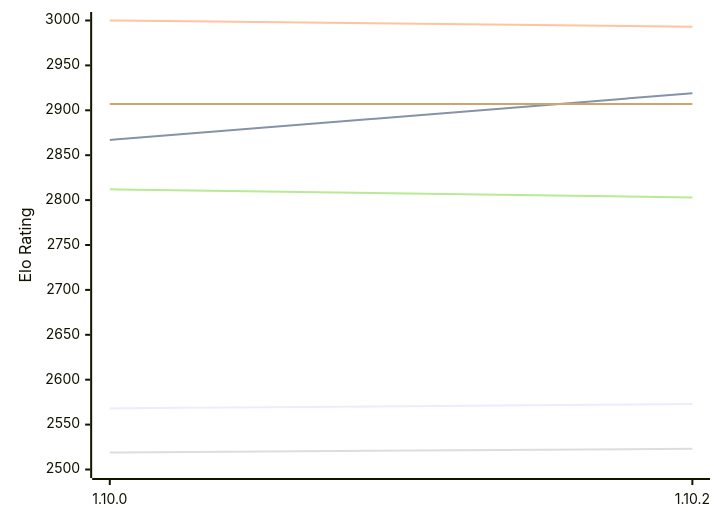
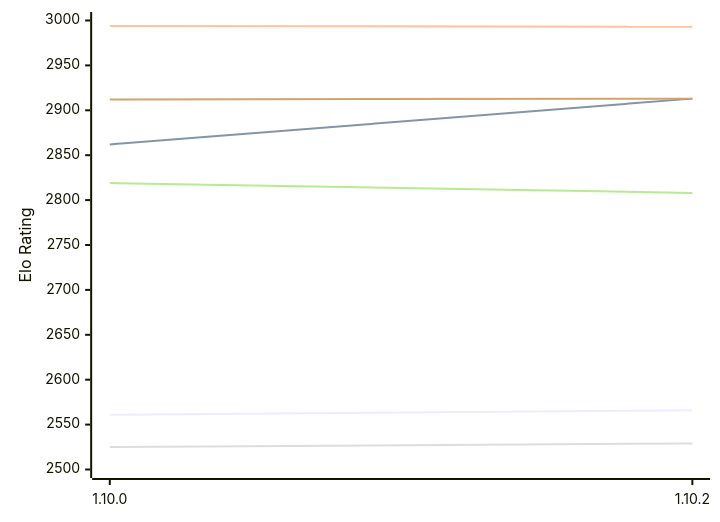
Before and after one commit to computer-chess-index/cci: the first of 2 diagrams in engines/Basilisk.md, drawn with Mermaid. The commit also changed other lines of this file, not shown here.

Commit message:
Update CCI Ratings (ELO VLTC) - 2026-11-18

````diff
--- a/engines/Basilisk.md
+++ b/engines/Basilisk.md
@@ -61,12 +61,12 @@
 ```mermaid
 %%{init: {"theme":"base","themeVariables":{"seriesColors:['#a3a3a3','#222221','#faa371']}}}%%
 xychart-beta
   x-axis ["1.10.0", "1.10.2"]
   y-axis "Elo Rating" 2500 --> 3000
-  line "E1: STC (8.0+0.08s)" [2568, 2573]
-  line "E1: LTC (60.0+0.60s)" [2867, 2919]
-  line "E1: VLTC (2m24s+1.12s)" [3000, 2993]
-  line "P1: STC (8.0+0.08s)" [2519, 2523]
-  line "P1: LTC (60.0+0.60s)" [2812, 2803]
-  line "P1: VLTC (2m24s+1.12s)" [2907, 2907]
+  line "E1: STC (8.0+0.08s)" [2561, 2566]
+  line "E1: LTC (60.0+0.60s)" [2862, 2913]
+  line "E1: VLTC (2m24s+1.12s)" [2994, 2993]
+  line "P1: STC (8.0+0.08s)" [2525, 2529]
+  line "P1: LTC (60.0+0.60s)" [2819, 2808]
+  line "P1: VLTC (2m24s+1.12s)" [2912, 2913]
 ```
````
